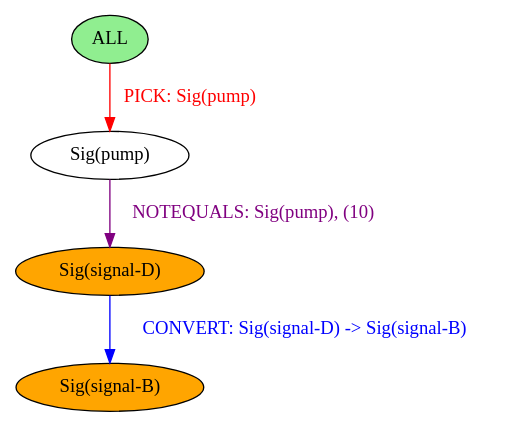
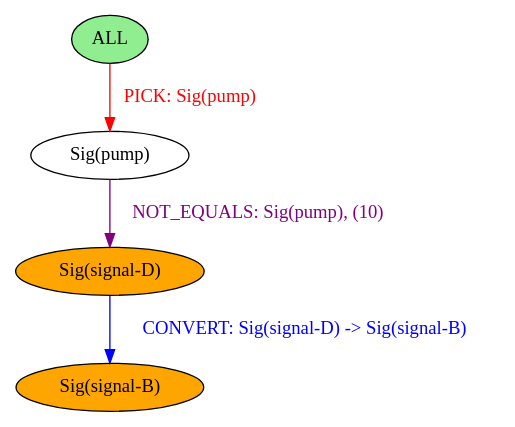
The diagram in chef-lang/examples/booleans.output.dot (BalderHolst/chef), drawn with Graphviz before and after one commit. The commit also changed 5 other files, not shown here.

```diff
--- a/chef-lang/examples/booleans.output.dot
+++ b/chef-lang/examples/booleans.output.dot
@@ -1,10 +1,10 @@
 strict digraph {
 	nodesep=1
 	5	[style=filled fillcolor=orange label="Sig(signal-D)"]
 	6	[style=filled fillcolor=orange label="Sig(signal-B)"]
 	0	[style=filled fillcolor=lightgreen label="ALL"]
 	3	[style=filled fillcolor=white label="Sig(pump)"]
 	5 -> 6	[label="CONVERT: Sig(signal-D) -> Sig(signal-B)" color=blue fontcolor=blue]
 	0 -> 3	[label="PICK: Sig(pump)" color=red fontcolor=red]
-	3 -> 5	[label="NOTEQUALS: Sig(pump), (10)" color=purple fontcolor=purple]
+	3 -> 5	[label="NOT_EQUALS: Sig(pump), (10)" color=purple fontcolor=purple]
 }
```
